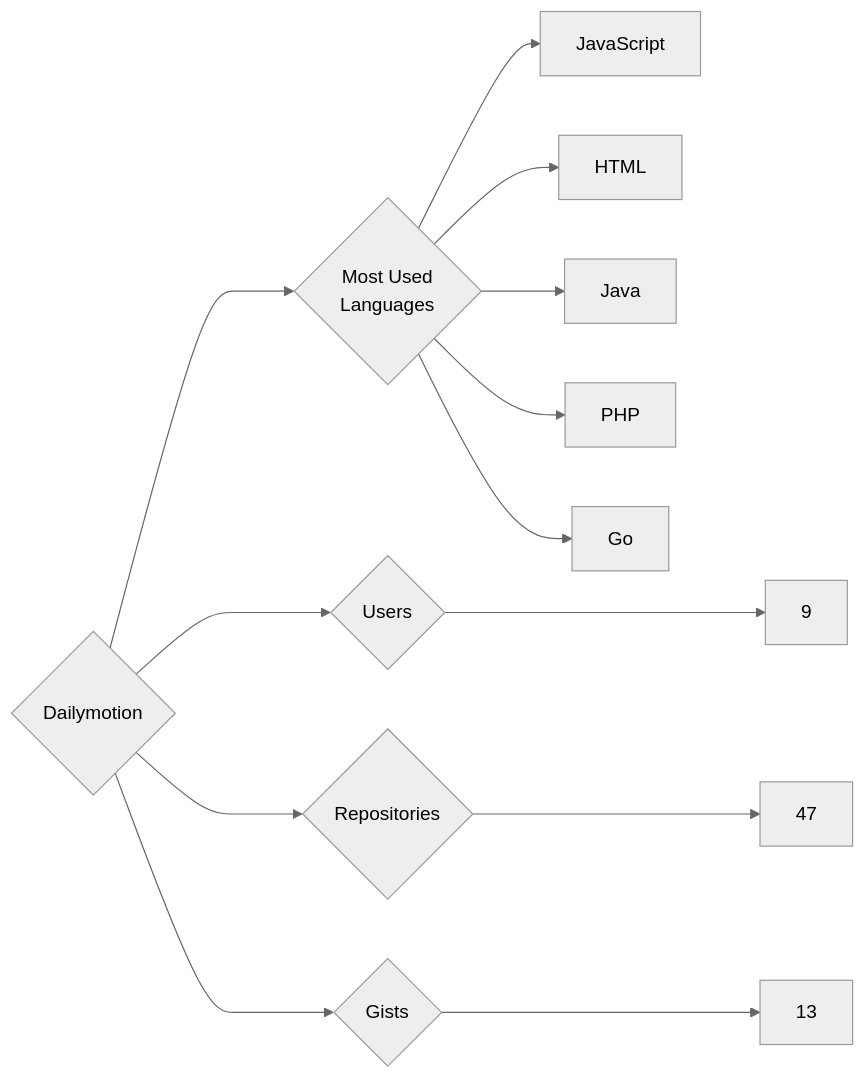
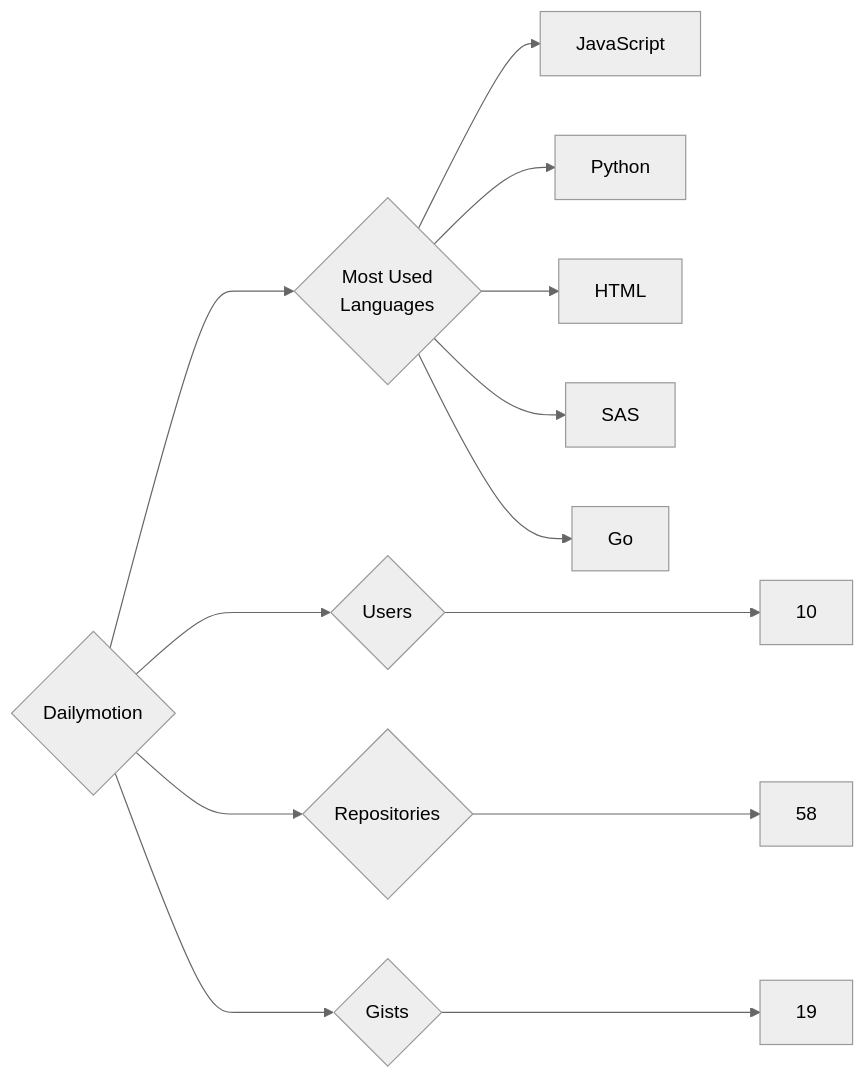
Before and after one commit to trickest/insiders: the diagram in targets/Dailymotion/README.md, drawn with Mermaid (neutral theme). The commit also changed 1195 other files, not shown here.

````diff
--- a/targets/Dailymotion/README.md
+++ b/targets/Dailymotion/README.md
@@ -3,13 +3,13 @@
 ```mermaid
 graph LR
 COMPANY_NAME{Dailymotion}
-COMPANY_NAME ---> U{Users} ---> UN[9]
-COMPANY_NAME ---> R{Repositories} ---> RN[47]
-COMPANY_NAME ---> G{Gists} ---> GN[13]
+COMPANY_NAME ---> U{Users} ---> UN[10]
+COMPANY_NAME ---> R{Repositories} ---> RN[58]
+COMPANY_NAME ---> G{Gists} ---> GN[19]
 COMPANY_NAME ---> ML{Most Used<br>Languages}
 ML --> JavaScript[JavaScript]
+ML --> Python[Python]
 ML --> HTML[HTML]
-ML --> Java[Java]
-ML --> PHP[PHP]
+ML --> SAS[SAS]
 ML --> Go[Go]
 ```
````
